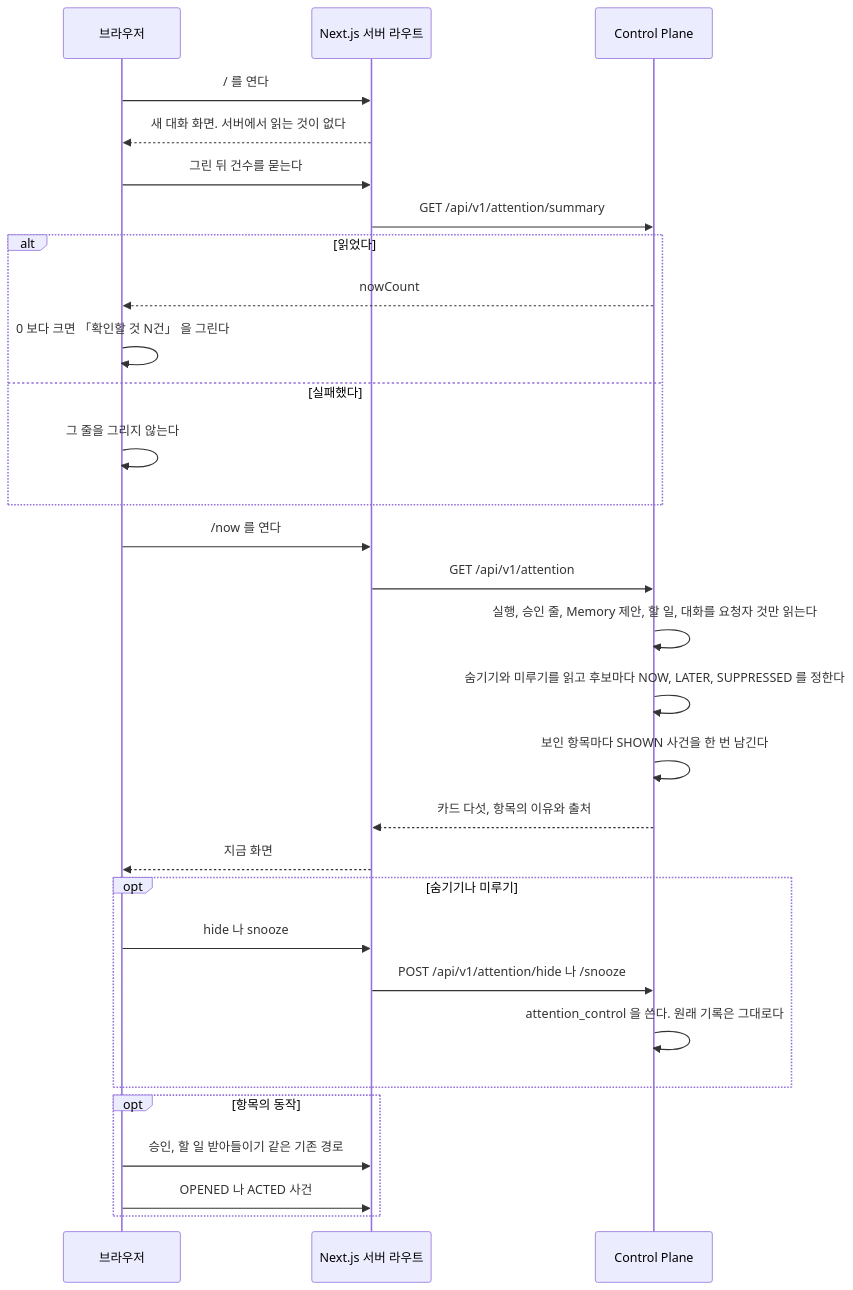
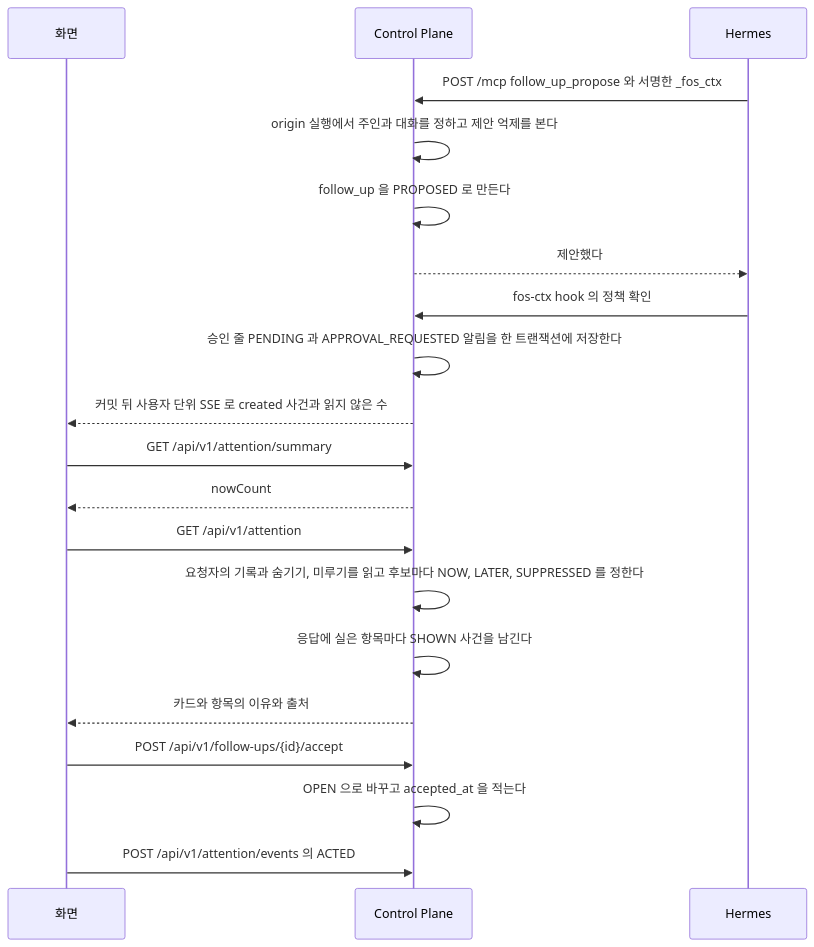
One commit to jon890/fos-assistant changed the diagram in docs/features/attention.md. Above: the diagram before and after it, drawn with Mermaid. The commit also changed other lines of this file and 2 other files, not shown here.

````diff
--- a/docs/features/attention.md
+++ b/docs/features/attention.md
@@ -160,33 +119,23 @@
 ```mermaid
 sequenceDiagram
-    participant B as 브라우저
-    participant W as Next.js 서버 라우트
+    participant W as 화면
     participant C as Control Plane
+    participant H as Hermes
 
-    B->>W: / 를 연다
-    W-->>B: 새 대화 화면. 서버에서 읽는 것이 없다
-    B->>W: 그린 뒤 건수를 묻는다
+    H->>C: POST /mcp follow_up_propose 와 서명한 _fos_ctx
+    C->>C: origin 실행에서 주인과 대화를 정하고 제안 억제를 본다
+    C->>C: follow_up 을 PROPOSED 로 만든다
+    C-->>H: 제안했다
+    H->>C: fos-ctx hook 의 정책 확인
+    C->>C: 승인 줄 PENDING 과 APPROVAL_REQUESTED 알림을 한 트랜잭션에 저장한다
+    C-->>W: 커밋 뒤 사용자 단위 SSE 로 created 사건과 읽지 않은 수
     W->>C: GET /api/v1/attention/summary
-    alt 읽었다
-        C-->>B: nowCount
-        B->>B: 0 보다 크면 「확인할 것 N건」 을 그린다
-    else 실패했다
-        B->>B: 그 줄을 그리지 않는다
-    end
-    B->>W: /now 를 연다
+    C-->>W: nowCount
     W->>C: GET /api/v1/attention
-    C->>C: 실행, 승인 줄, Memory 제안, 할 일, 대화를 요청자 것만 읽는다
-    C->>C: 숨기기와 미루기를 읽고 후보마다 NOW, LATER, SUPPRESSED 를 정한다
-    C->>C: 보인 항목마다 SHOWN 사건을 한 번 남긴다
-    C-->>W: 카드 다섯, 항목의 이유와 출처
-    W-->>B: 지금 화면
-    opt 숨기기나 미루기
-        B->>W: hide 나 snooze
-        W->>C: POST /api/v1/attention/hide 나 /snooze
-        C->>C: attention_control 을 쓴다. 원래 기록은 그대로다
-    end
-    opt 항목의 동작
-        B->>W: 승인, 할 일 받아들이기 같은 기존 경로
-        B->>W: OPENED 나 ACTED 사건
-    end
+    C->>C: 요청자의 기록과 숨기기, 미루기를 읽고 후보마다 NOW, LATER, SUPPRESSED 를 정한다
+    C->>C: 응답에 실은 항목마다 SHOWN 사건을 남긴다
+    C-->>W: 카드와 항목의 이유와 출처
+    W->>C: POST /api/v1/follow-ups/{id}/accept
+    C->>C: OPEN 으로 바꾸고 accepted_at 을 적는다
+    W->>C: POST /api/v1/attention/events 의 ACTED
 ```
````
